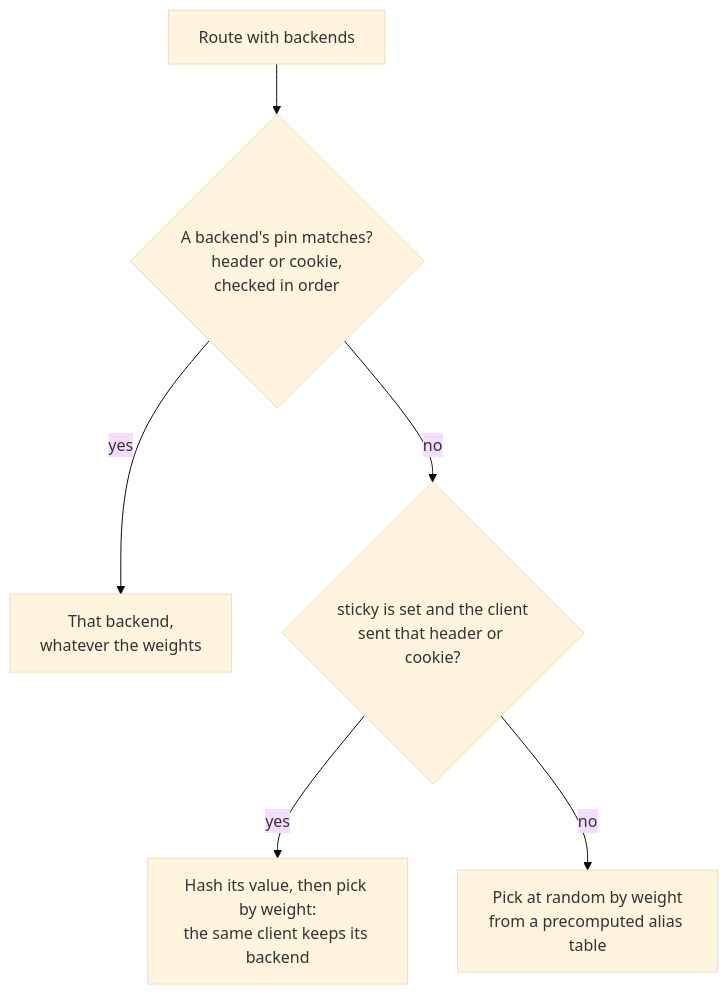
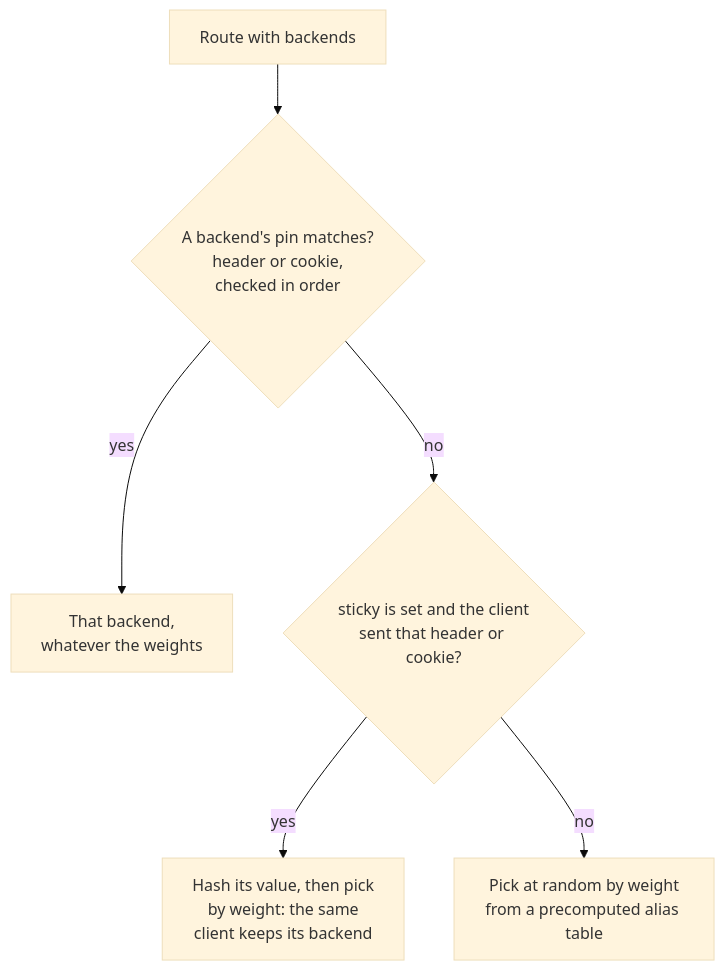
Before and after one commit to BlivionIaG/sjws_nettask: the third of 6 diagrams in docs/design/proxy-routing.md, drawn with Mermaid (base theme). The commit also changed other lines of this file and 8 other files, not shown here.

First line of the commit message:
docs: re-wrap long diagram labels so words do not orphan

````diff
--- a/docs/design/proxy-routing.md
+++ b/docs/design/proxy-routing.md
@@ -91,8 +91,8 @@
 ```mermaid
 flowchart TD
     r["Route with backends"] --> p{"A backend's pin matches?<br/>header or cookie,<br/>checked in order"}
     p -->|yes| pb["That backend,<br/>whatever the weights"]
     p -->|no| s{"sticky is set and the client<br/>sent that header or cookie?"}
-    s -->|yes| sb["Hash its value, then pick by weight:<br/>the same client keeps its backend"]
+    s -->|yes| sb["Hash its value, then pick<br/>by weight: the same<br/>client keeps its backend"]
     s -->|no| rb["Pick at random by weight<br/>from a precomputed alias table"]
 ```
````
